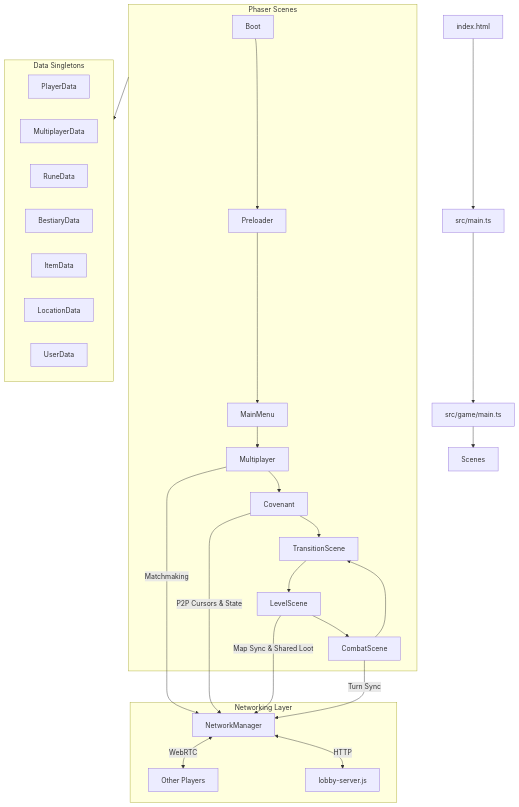
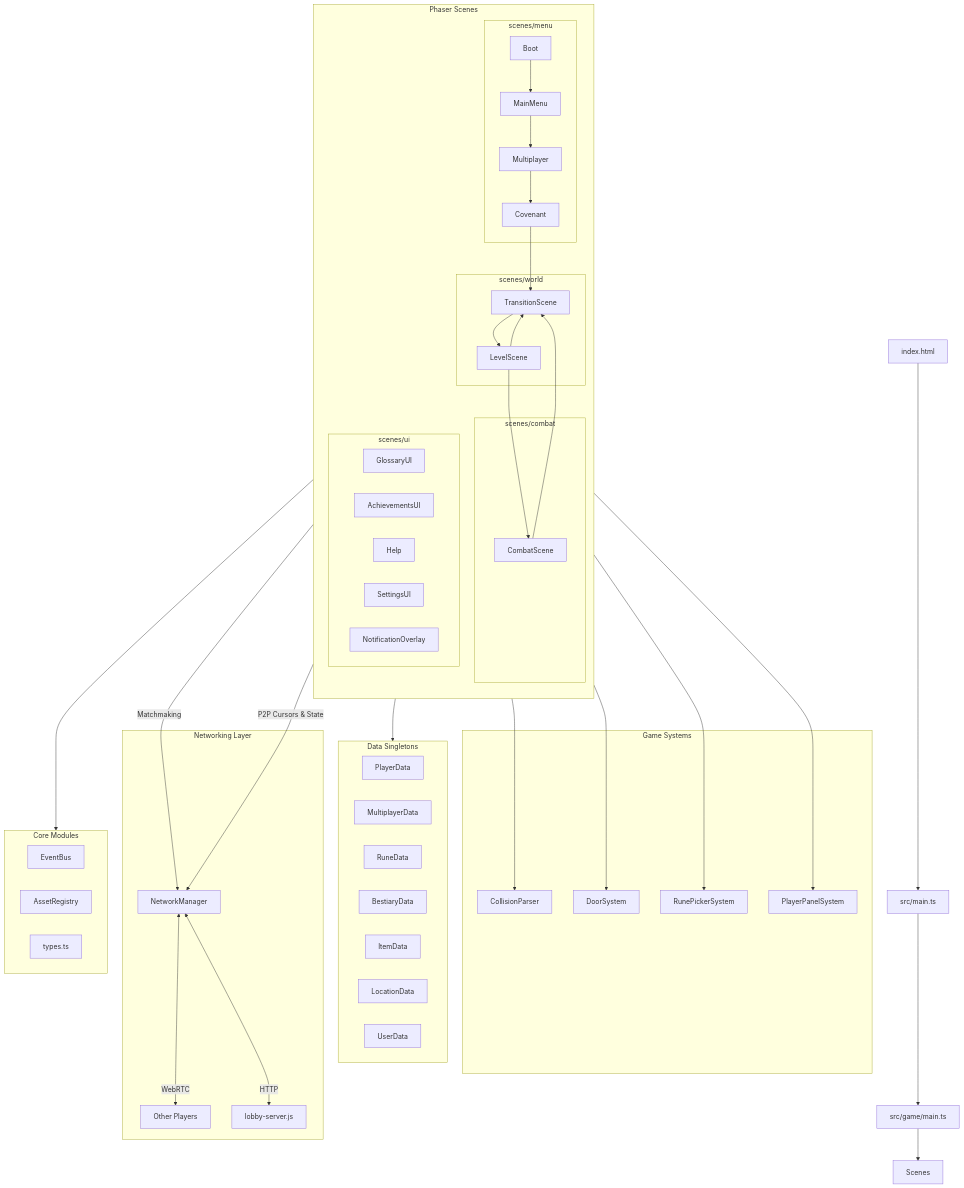
One commit to jesse-rr/G.L.O.S.S.A.R.Y changed the diagram in docs/ARCH.md. Above: the diagram before and after it, drawn with Mermaid. The commit also changed other lines of this file and 40 other files, not shown here.

````diff
--- a/docs/ARCH.md
+++ b/docs/ARCH.md
@@ -116,39 +176,72 @@
 ```mermaid
 graph TD
     A[index.html] --> B[src/main.ts]
     B --> C[src/game/main.ts]
     C --> D[Scenes]
     
     subgraph Scenes [Phaser Scenes]
-        Boot --> Preloader
-        Preloader --> MainMenu
-        MainMenu --> Multiplayer
-        Multiplayer --> Covenant
-        Covenant --> TransitionScene
-        TransitionScene --> LevelScene
-        LevelScene --> CombatScene
-        CombatScene --> TransitionScene
+        direction TB
+        subgraph Menu [scenes/menu]
+            Boot --> MainMenu
+            MainMenu --> Multiplayer
+            Multiplayer --> Covenant
+        end
+
+        subgraph World [scenes/world]
+            Covenant --> TransitionScene
+            TransitionScene --> LevelScene
+            LevelScene --> TransitionScene
+        end
+        
+        subgraph Combat [scenes/combat]
+            LevelScene --> CombatScene
+            CombatScene --> TransitionScene
+        end
+
+        subgraph UI [scenes/ui]
+            GlossaryUI
+            AchievementsUI
+            Help
+            SettingsUI
+            NotificationOverlay
+        end
+    end
+
+    subgraph Systems [Game Systems]
+        CollisionParser
+        DoorSystem
+        RunePickerSystem
+        PlayerPanelSystem
     end
 
     subgraph Data [Data Singletons]
         PlayerData
         MultiplayerData
         RuneData
         BestiaryData
         ItemData
         LocationData
         UserData
     end
     
     subgraph Network [Networking Layer]
         NM[NetworkManager] <-->|WebRTC| Peers[Other Players]
         NM <-->|HTTP| LobbyServer[lobby-server.js]
     end
 
+    subgraph Core [Core Modules]
+        EventBus
+        AssetRegistry
+        Types[types.ts]
+    end
+
+    LevelScene --> CollisionParser
+    LevelScene --> DoorSystem
+    CombatScene --> RunePickerSystem
+    CombatScene --> PlayerPanelSystem
     Multiplayer -->|Matchmaking| NM
     Covenant -->|P2P Cursors & State| NM
-    LevelScene -->|Map Sync & Shared Loot| NM
-    CombatScene -->|Turn Sync| NM
     
     Scenes --> Data
+    Scenes --> Core
 ```
````
